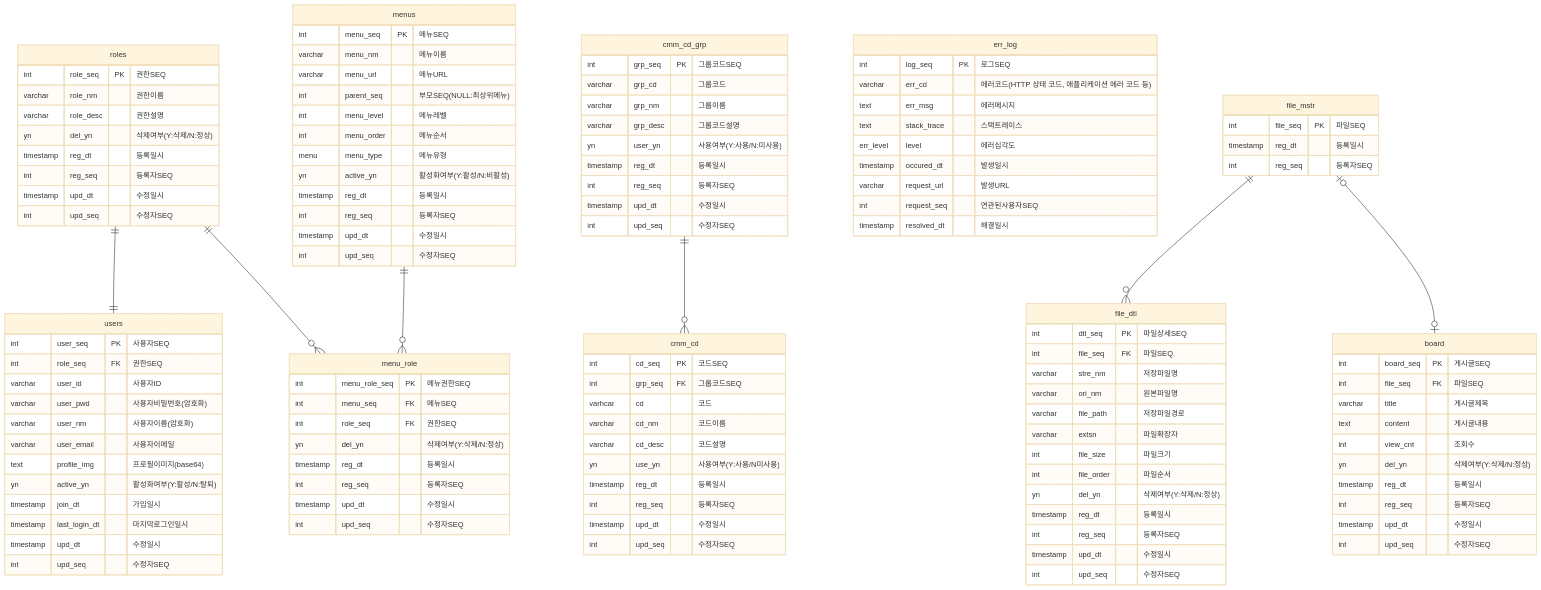
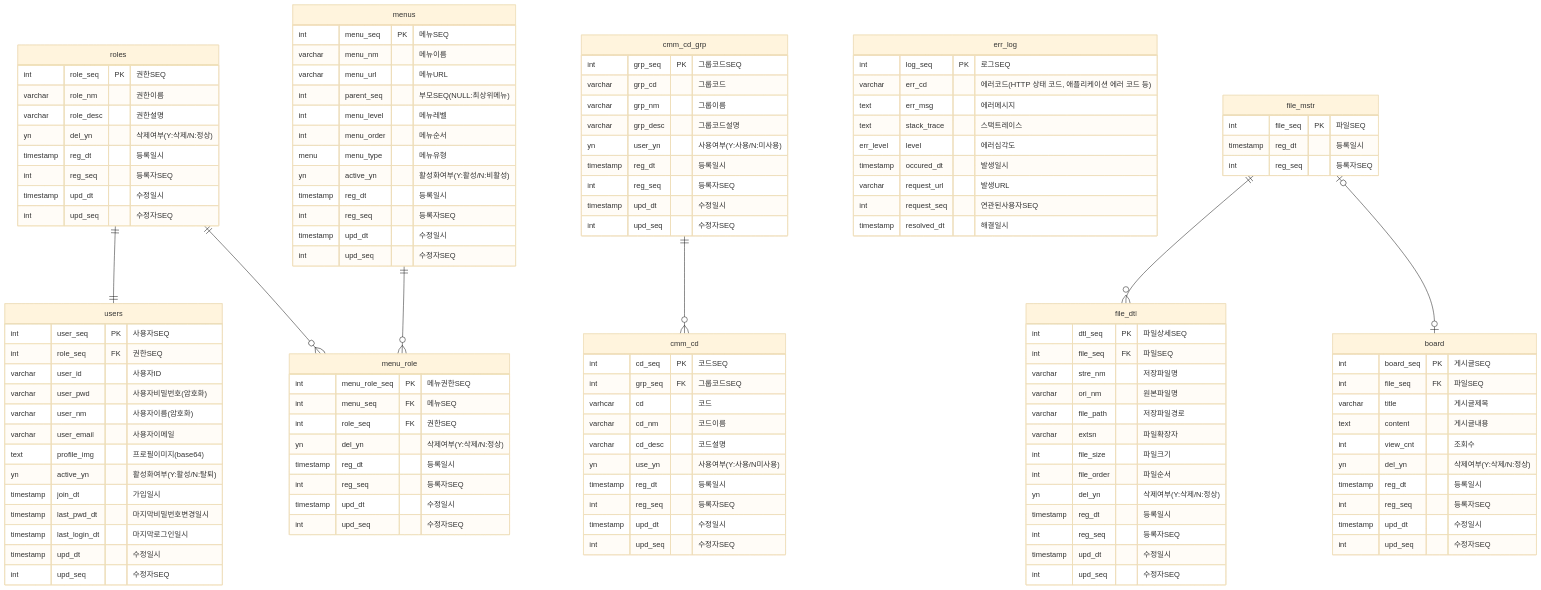
Before and after one commit to Joeunseon/demo: the diagram in docs/db/database.md, drawn with Mermaid (base theme). The commit also changed 1 other file, not shown here.

Commit message:
docs: add cloums to users table
- modify erd and db scripts
- add column last_pwd_dt

```diff
--- a/docs/db/database.md
+++ b/docs/db/database.md
@@ -27,6 +27,7 @@
         text profile_img "프로필이미지(base64)"
         yn active_yn "활성화여부(Y:활성/N:탈퇴)"
         timestamp join_dt "가입일시"
+        timestamp last_pwd_dt "마지막비밀번호변경일시"
         timestamp last_login_dt "마지막로그인일시"
         timestamp upd_dt "수정일시"
         int upd_seq "수정자SEQ"
```
